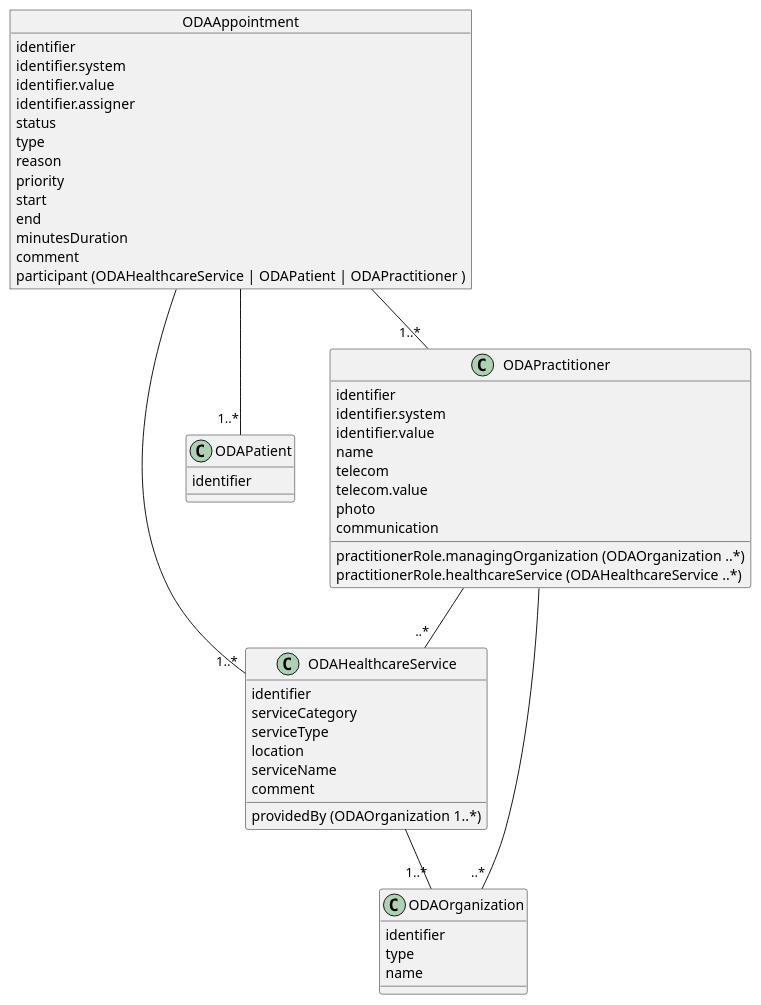
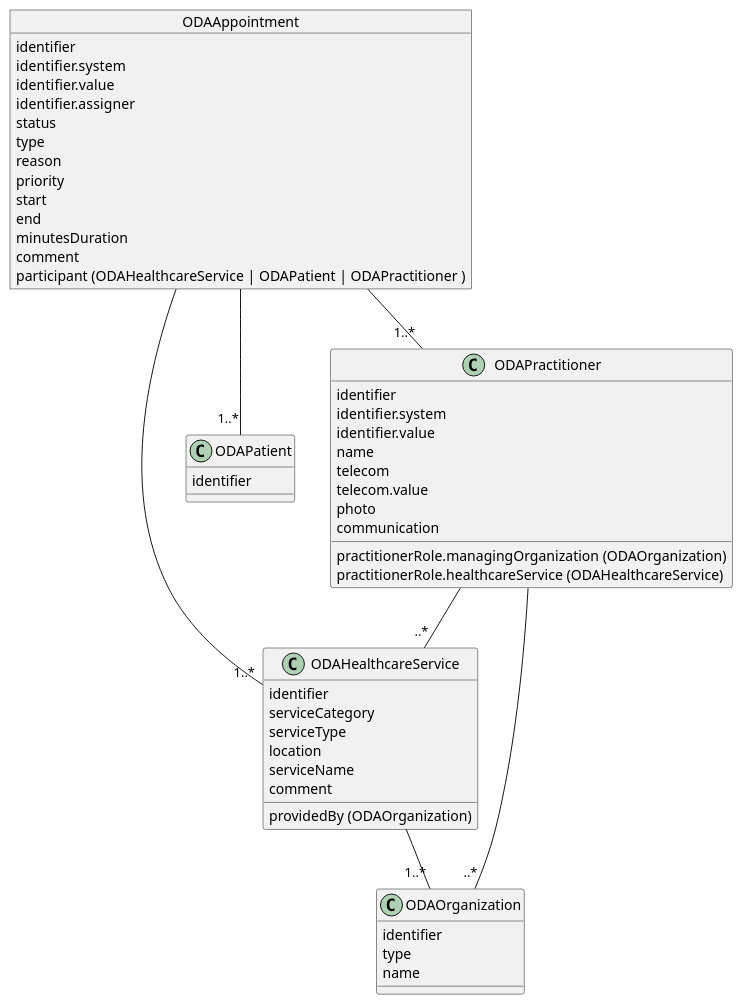
Before and after one commit to omahoito/rfc: the diagram in PLANTUML_Diagrams/ODA_ajanvaraus.plantuml, drawn with PlantUML.

```diff
--- a/PLANTUML_Diagrams/ODA_ajanvaraus.plantuml
+++ b/PLANTUML_Diagrams/ODA_ajanvaraus.plantuml
@@ -1,59 +1,59 @@
 @startuml
 object ODAAppointment{
   identifier
   identifier.system
   identifier.value
   identifier.assigner
   status
   type
   reason
   priority
   start
   end
   minutesDuration
   comment
   participant (ODAHealthcareService | ODAPatient | ODAPractitioner )
 }
 
 ODAAppointment -- "1..*" ODAHealthcareService
 ODAAppointment -- "1..*" ODAPatient
 ODAAppointment -- "1..*" ODAPractitioner
 
 object ODAHealthcareService{
   identifier
-  providedBy (ODAOrganization 1..*)
+  providedBy (ODAOrganization)
   serviceCategory
   serviceType
   location
   serviceName
   comment
 }
 
 ODAHealthcareService -- "1..*" ODAOrganization
 
 object ODAOrganization{
   identifier
   type
   name  
 }
 
 object ODAPatient{
   identifier
 }
 
 object ODAPractitioner{
   identifier
   identifier.system
   identifier.value
   name
   telecom
   telecom.value
   photo
-  practitionerRole.managingOrganization (ODAOrganization ..*)
-  practitionerRole.healthcareService (ODAHealthcareService ..*)
+  practitionerRole.managingOrganization (ODAOrganization)
+  practitionerRole.healthcareService (ODAHealthcareService)
   communication
 }
 
 ODAPractitioner -- "..*" ODAOrganization
 ODAPractitioner -- "..*" ODAHealthcareService
 @enduml
```
